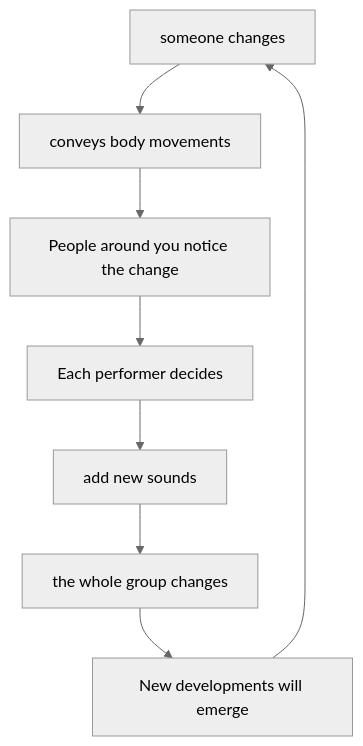
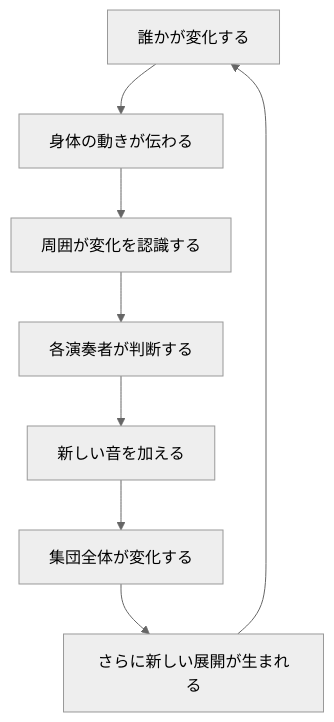
One commit to monumental-movement/monumental-movement.github.io changed the first of 5 diagrams in en/_posts/2026-07-25-column-why-angine-de-poitrine-feels-like-collective-improvisation.md. Above: the diagram before and after it, drawn with Mermaid (neutral theme). The commit also changed other lines of this file and 2196 other files, not shown here.

```diff
--- a/en/_posts/2026-07-25-column-why-angine-de-poitrine-feels-like-collective-improvisation.md
+++ b/en/_posts/2026-07-25-column-why-angine-de-poitrine-feels-like-collective-improvisation.md
@@ -764,19 +764,19 @@
 <div class="mermaid">
 flowchart TD
 
-A[someone changes]
-B[conveys body movements]
-C[People around you notice the change]
-D[Each performer decides]
-E[add new sounds]
-F[the whole group changes]
-G[New developments will emerge]
+A[誰かが変化する]
+B[身体の動きが伝わる]
+C[周囲が変化を認識する]
+D[各演奏者が判断する]
+E[新しい音を加える]
+F[集団全体が変化する]
+G[さらに新しい展開が生まれる]
 
 A --> B
 B --> C
 C --> D
 D --> E
 E --> F
 F --> G
 G --> A
 </div>
```
